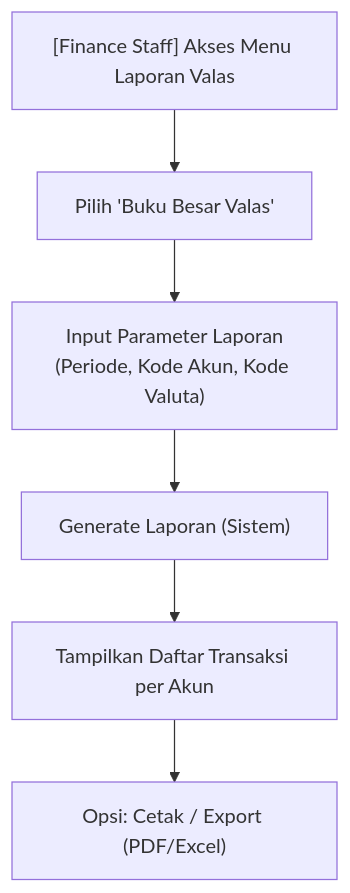
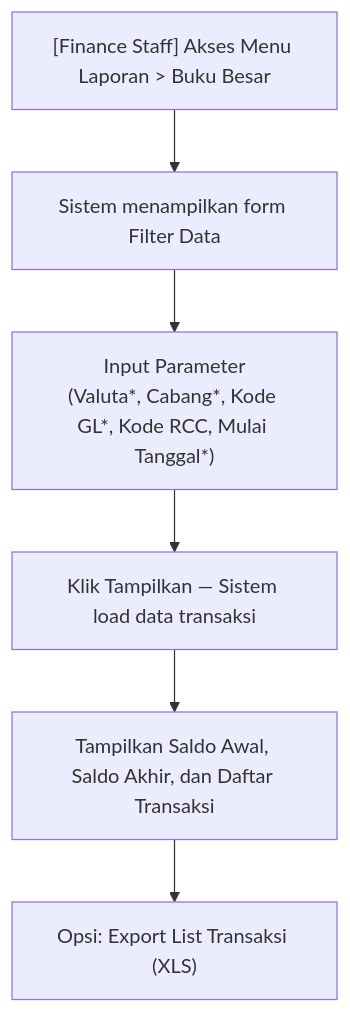
One commit to wisnu/ibank-docs changed the fifth of 9 diagrams in docs/bcas/saku_valas/fsd_sakuvalas.md. Above: the diagram before and after it, drawn with Mermaid. The commit also changed other lines of this file, not shown here.

Commit message:
docs: update user roles and descriptions in FSD Saku Valas documentation

````diff
--- a/docs/bcas/saku_valas/fsd_sakuvalas.md
+++ b/docs/bcas/saku_valas/fsd_sakuvalas.md
@@ -447,8 +448,8 @@
 ```mermaid
 flowchart TD
-    A["[Finance Staff] Akses Menu Laporan Valas"] --> B["Pilih 'Buku Besar Valas'"]
-    B --> C["Input Parameter Laporan\n(Periode, Kode Akun, Kode Valuta)"]
-    C --> D["Generate Laporan (Sistem)"]
-    D --> E["Tampilkan Daftar Transaksi per Akun"]
-    E --> F["Opsi: Cetak / Export (PDF/Excel)"]
+    A["[Finance Staff] Akses Menu Laporan > Buku Besar"] --> B["Sistem menampilkan form Filter Data"]
+    B --> C["Input Parameter\n(Valuta*, Cabang*, Kode GL*, Kode RCC, Mulai Tanggal*)"]
+    C --> D["Klik Tampilkan — Sistem load data transaksi"]
+    D --> E["Tampilkan Saldo Awal, Saldo Akhir, dan Daftar Transaksi"]
+    E --> F["Opsi: Export List Transaksi (XLS)"]
 ```
````
